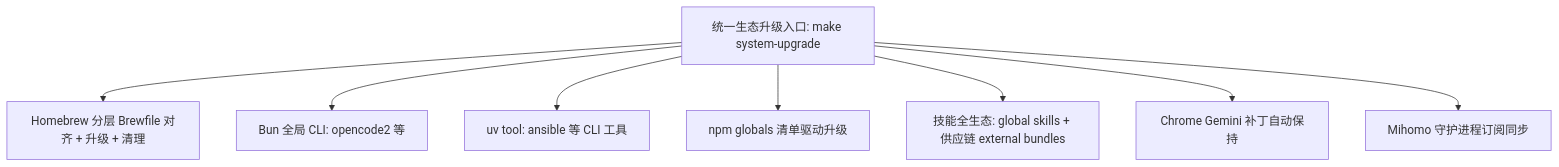
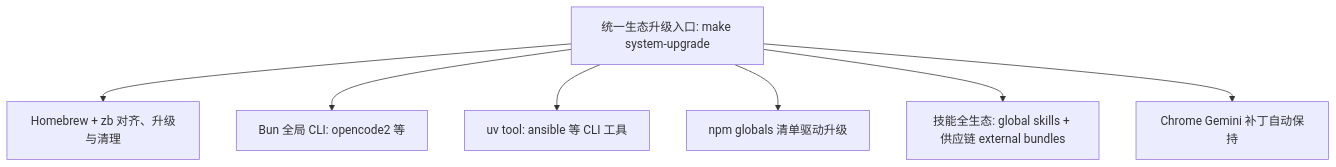
One commit to suainam/mac-bootstrap-template changed the diagram in README.md. Above: the diagram before and after it, drawn with Mermaid. The commit also changed other lines of this file and 12 other files, not shown here.

````diff
--- a/README.md
+++ b/README.md
@@ -197,10 +197,9 @@
 ```mermaid
 flowchart TD
-    All[统一生态升级入口: make system-upgrade] --> Brew[Homebrew 分层 Brewfile 对齐 + 升级 + 清理]
+    All[统一生态升级入口: make system-upgrade] --> Brew[Homebrew + zb 对齐、升级与清理]
     All --> Bun[Bun 全局 CLI: opencode2 等]
     All --> UV[uv tool: ansible 等 CLI 工具]
     All --> NPM[npm globals 清单驱动升级]
     All --> Skills[技能全生态: global skills + 供应链 external bundles]
     All --> Chrome[Chrome Gemini 补丁自动保持]
-    All --> Mihomo[Mihomo 守护进程订阅同步]
 ```
````
